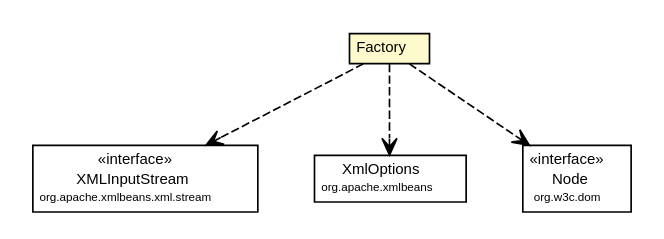
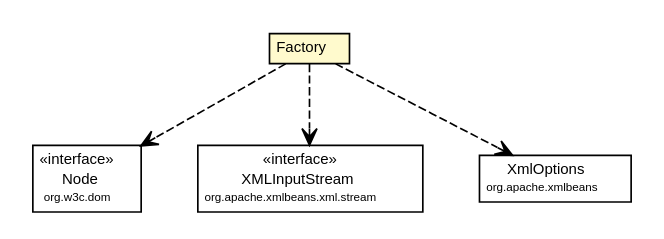
The diagram in site/apidocs/org/synchronoss/cpo/cassandra/cpoCassandraConfig/CtCassandraConfig.Factory.dot (synchronoss/cpo-api), drawn with Graphviz before and after one commit. The commit also changed 864 other files, not shown here.

```diff
--- a/site/apidocs/org/synchronoss/cpo/cassandra/cpoCassandraConfig/CtCassandraConfig.Factory.dot
+++ b/site/apidocs/org/synchronoss/cpo/cassandra/cpoCassandraConfig/CtCassandraConfig.Factory.dot
@@ -1,45 +1,45 @@
 #!/usr/local/bin/dot
 #
 # Class diagram 
 # Generated by UmlGraph version 4.6 (http://www.spinellis.gr/sw/umlgraph)
 #
 
 digraph G {
 	edge [fontname="Helvetica",fontsize=10,labelfontname="Helvetica",labelfontsize=10];
 	node [fontname="Helvetica",fontsize=10,shape=plaintext];
 	// org.synchronoss.cpo.cassandra.cpoCassandraConfig.CtCassandraConfig.Factory
 	c51882 [label=<<table border="0" cellborder="1" cellspacing="0" cellpadding="2" port="p" bgcolor="lemonChiffon" href="./CtCassandraConfig.Factory.html">
 		<tr><td><table border="0" cellspacing="0" cellpadding="1">
 			<tr><td> Factory </td></tr>
 		</table></td></tr>
 		</table>>, fontname="Helvetica", fontcolor="black", fontsize=9.0];
+	// org.synchronoss.cpo.cassandra.cpoCassandraConfig.CtCassandraConfig.Factory DEPEND org.w3c.dom.Node
+	c51882:p -> c51893:p [taillabel="", label="", headlabel="", fontname="Helvetica", fontcolor="black", fontsize=10.0, color="black", arrowhead=open, style=dashed];
 	// org.synchronoss.cpo.cassandra.cpoCassandraConfig.CtCassandraConfig.Factory DEPEND org.apache.xmlbeans.xml.stream.XMLInputStream
-	c51882:p -> c51893:p [taillabel="", label="", headlabel="", fontname="Helvetica", fontcolor="black", fontsize=10.0, color="black", arrowhead=open, style=dashed];
+	c51882:p -> c51894:p [taillabel="", label="", headlabel="", fontname="Helvetica", fontcolor="black", fontsize=10.0, color="black", arrowhead=open, style=dashed];
 	// org.synchronoss.cpo.cassandra.cpoCassandraConfig.CtCassandraConfig.Factory DEPEND org.apache.xmlbeans.XmlOptions
-	c51882:p -> c51894:p [taillabel="", label="", headlabel="", fontname="Helvetica", fontcolor="black", fontsize=10.0, color="black", arrowhead=open, style=dashed];
-	// org.synchronoss.cpo.cassandra.cpoCassandraConfig.CtCassandraConfig.Factory DEPEND org.w3c.dom.Node
 	c51882:p -> c51895:p [taillabel="", label="", headlabel="", fontname="Helvetica", fontcolor="black", fontsize=10.0, color="black", arrowhead=open, style=dashed];
 	// org.apache.xmlbeans.xml.stream.XMLInputStream
-	c51893 [label=<<table border="0" cellborder="1" cellspacing="0" cellpadding="2" port="p" href="http://java.sun.com/j2se/1.4.2/docs/api/org/apache/xmlbeans/xml/stream/XMLInputStream.html">
+	c51894 [label=<<table border="0" cellborder="1" cellspacing="0" cellpadding="2" port="p" href="http://java.sun.com/j2se/1.4.2/docs/api/org/apache/xmlbeans/xml/stream/XMLInputStream.html">
 		<tr><td><table border="0" cellspacing="0" cellpadding="1">
 			<tr><td> &laquo;interface&raquo; </td></tr>
 			<tr><td> XMLInputStream </td></tr>
 			<tr><td><font point-size="7.0"> org.apache.xmlbeans.xml.stream </font></td></tr>
 		</table></td></tr>
 		</table>>, fontname="Helvetica", fontcolor="black", fontsize=9.0];
 	// org.apache.xmlbeans.XmlOptions
-	c51894 [label=<<table border="0" cellborder="1" cellspacing="0" cellpadding="2" port="p" href="http://java.sun.com/j2se/1.4.2/docs/api/org/apache/xmlbeans/XmlOptions.html">
+	c51895 [label=<<table border="0" cellborder="1" cellspacing="0" cellpadding="2" port="p" href="http://java.sun.com/j2se/1.4.2/docs/api/org/apache/xmlbeans/XmlOptions.html">
 		<tr><td><table border="0" cellspacing="0" cellpadding="1">
 			<tr><td> XmlOptions </td></tr>
 			<tr><td><font point-size="7.0"> org.apache.xmlbeans </font></td></tr>
 		</table></td></tr>
 		</table>>, fontname="Helvetica", fontcolor="black", fontsize=9.0];
 	// org.w3c.dom.Node
-	c51895 [label=<<table border="0" cellborder="1" cellspacing="0" cellpadding="2" port="p" href="http://java.sun.com/j2se/1.4.2/docs/api/org/w3c/dom/Node.html">
+	c51893 [label=<<table border="0" cellborder="1" cellspacing="0" cellpadding="2" port="p" href="http://java.sun.com/j2se/1.4.2/docs/api/org/w3c/dom/Node.html">
 		<tr><td><table border="0" cellspacing="0" cellpadding="1">
 			<tr><td> &laquo;interface&raquo; </td></tr>
 			<tr><td> Node </td></tr>
 			<tr><td><font point-size="7.0"> org.w3c.dom </font></td></tr>
 		</table></td></tr>
 		</table>>, fontname="Helvetica", fontcolor="black", fontsize=9.0];
 }
```
